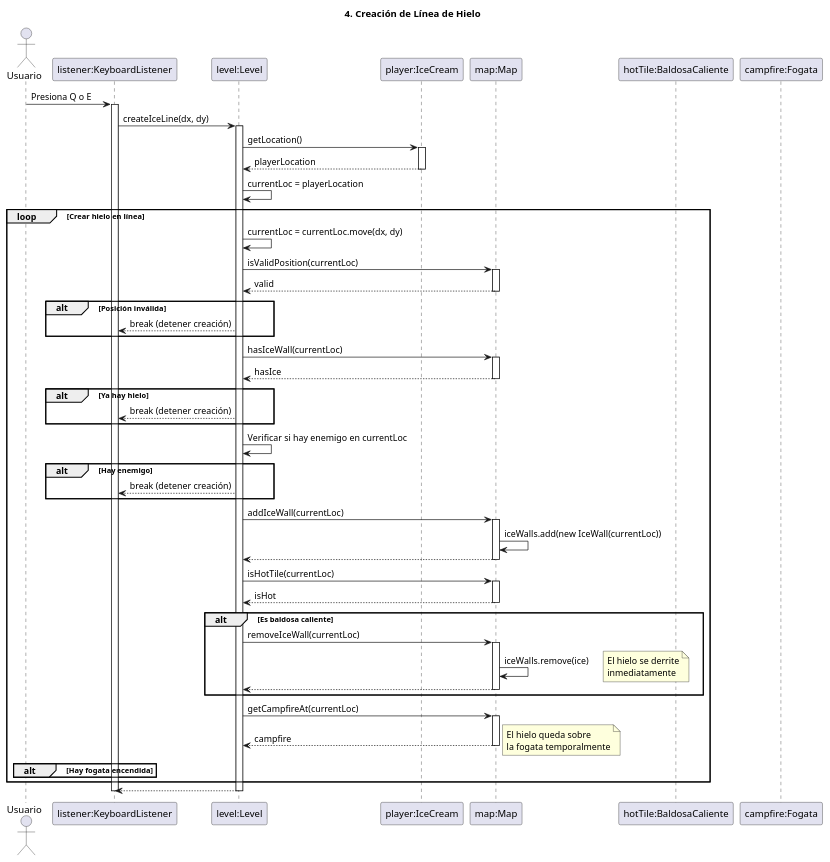
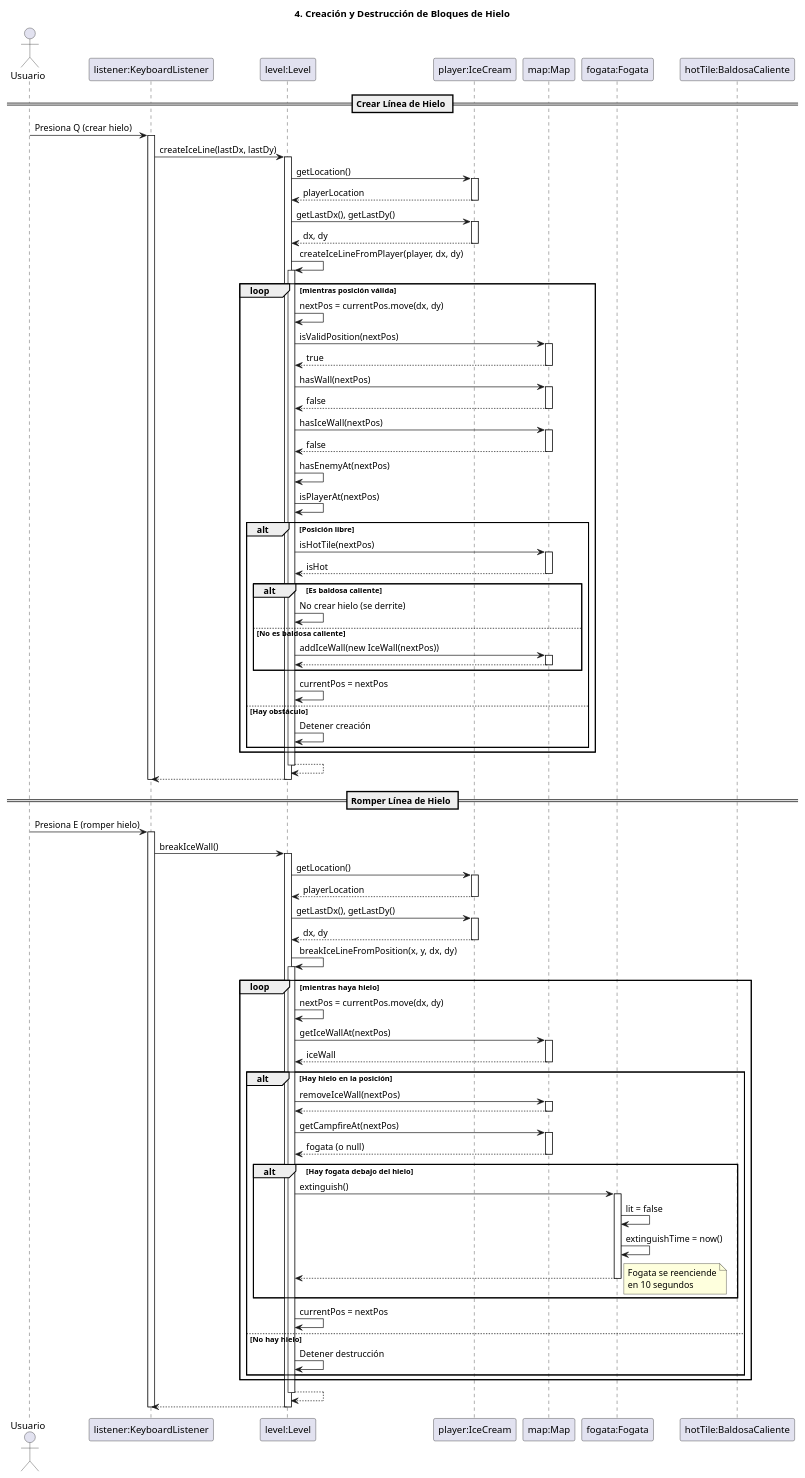
The fifth of 11 diagrams in docs/sequence-diagrams.puml (AnotherCreatorAnonymous/BadDopocream), drawn with PlantUML before and after one commit. The commit also changed other lines of this file and 146 other files, not shown here.

Commit message:
Proyecto Bad Dopo Cream completo - 4 modos de juego, IA de enemigos y jugadores, sistema de puntajes y highscores, 95 tests JUnit, diagramas PlantUML actualizados

```diff
--- a/docs/sequence-diagrams.puml
+++ b/docs/sequence-diagrams.puml
@@ -286,84 +336,129 @@
-@startuml 04_Crear_Linea_Hielo
+@startuml 04_Creacion_Destruccion_Hielo
 
-title 4. Creación de Línea de Hielo
+title 4. Creación y Destrucción de Bloques de Hielo
 
 actor Usuario
 participant "listener:KeyboardListener" as Listener
 participant "level:Level" as Level
 participant "player:IceCream" as Player
 participant "map:Map" as Map
+participant "fogata:Fogata" as Fogata
 participant "hotTile:BaldosaCaliente" as HotTile
-participant "campfire:Fogata" as Campfire
 
-Usuario -> Listener: Presiona Q o E
+== Crear Línea de Hielo ==
+
+Usuario -> Listener: Presiona Q (crear hielo)
 activate Listener
 
-Listener -> Level: createIceLine(dx, dy)
+Listener -> Level: createIceLine(lastDx, lastDy)
 activate Level
 
 Level -> Player: getLocation()
 activate Player
 return playerLocation
 
-Level -> Level: currentLoc = playerLocation
+Level -> Player: getLastDx(), getLastDy()
+activate Player
+return dx, dy
 
-loop Crear hielo en línea
+Level -> Level: createIceLineFromPlayer(player, dx, dy)
+activate Level
 
-    Level -> Level: currentLoc = currentLoc.move(dx, dy)
+loop mientras posición válida
+    Level -> Level: nextPos = currentPos.move(dx, dy)
     
-    Level -> Map: isValidPosition(currentLoc)
+    Level -> Map: isValidPosition(nextPos)
     activate Map
-    return valid
+    return true
     
-    alt Posición inválida
-        Level --> Listener: break (detener creación)
+    Level -> Map: hasWall(nextPos)
+    activate Map
+    return false
+    
+    Level -> Map: hasIceWall(nextPos)
+    activate Map
+    return false
+    
+    Level -> Level: hasEnemyAt(nextPos)
+    Level -> Level: isPlayerAt(nextPos)
+    
+    alt Posición libre
+        Level -> Map: isHotTile(nextPos)
+        activate Map
+        return isHot
+        
+        alt Es baldosa caliente
+            Level -> Level: No crear hielo (se derrite)
+        else No es baldosa caliente
+            Level -> Map: addIceWall(new IceWall(nextPos))
+            activate Map
+            return
+        end
+        
+        Level -> Level: currentPos = nextPos
+    else Hay obstáculo
+        Level -> Level: Detener creación
     end
-    
-    Level -> Map: hasIceWall(currentLoc)
-    activate Map
-    return hasIce
-    
-    alt Ya hay hielo
-        Level --> Listener: break (detener creación)
-    end
-    
-    Level -> Level: Verificar si hay enemigo en currentLoc
-    alt Hay enemigo
-        Level --> Listener: break (detener creación)
-    end
-    
-    ' Crear hielo
-    Level -> Map: addIceWall(currentLoc)
-    activate Map
-    Map -> Map: iceWalls.add(new IceWall(currentLoc))
-    return
-    
-    ' Verificar baldosa caliente
-    Level -> Map: isHotTile(currentLoc)
-    activate Map
-    return isHot
-    
-    alt Es baldosa caliente
-        Level -> Map: removeIceWall(currentLoc)
-        activate Map
-        Map -> Map: iceWalls.remove(ice)
-        note right: El hielo se derrite\ninmediatamente
-        return
-    end
-    
-    ' Verificar fogata
-    Level -> Map: getCampfireAt(currentLoc)
-    activate Map
-    return campfire
-    
-    alt Hay fogata encendida
-        note right: El hielo queda sobre\nla fogata temporalmente
-    end
-
 end
 
+return
+return
+
+deactivate Listener
+
+== Romper Línea de Hielo ==
+
+Usuario -> Listener: Presiona E (romper hielo)
+activate Listener
+
+Listener -> Level: breakIceWall()
+activate Level
+
+Level -> Player: getLocation()
+activate Player
+return playerLocation
+
+Level -> Player: getLastDx(), getLastDy()
+activate Player
+return dx, dy
+
+Level -> Level: breakIceLineFromPosition(x, y, dx, dy)
+activate Level
+
+loop mientras haya hielo
+    Level -> Level: nextPos = currentPos.move(dx, dy)
+    
+    Level -> Map: getIceWallAt(nextPos)
+    activate Map
+    return iceWall
+    
+    alt Hay hielo en la posición
+        Level -> Map: removeIceWall(nextPos)
+        activate Map
+        return
+        
+        Level -> Map: getCampfireAt(nextPos)
+        activate Map
+        return fogata (o null)
+        
+        alt Hay fogata debajo del hielo
+            Level -> Fogata: extinguish()
+            activate Fogata
+            Fogata -> Fogata: lit = false
+            Fogata -> Fogata: extinguishTime = now()
+            return
+            note right: Fogata se reenciende\nen 10 segundos
+        end
+        
+        Level -> Level: currentPos = nextPos
+    else No hay hielo
+        Level -> Level: Detener destrucción
+    end
+end
+
+return
 return
 
 deactivate Listener
 
 @enduml
```
